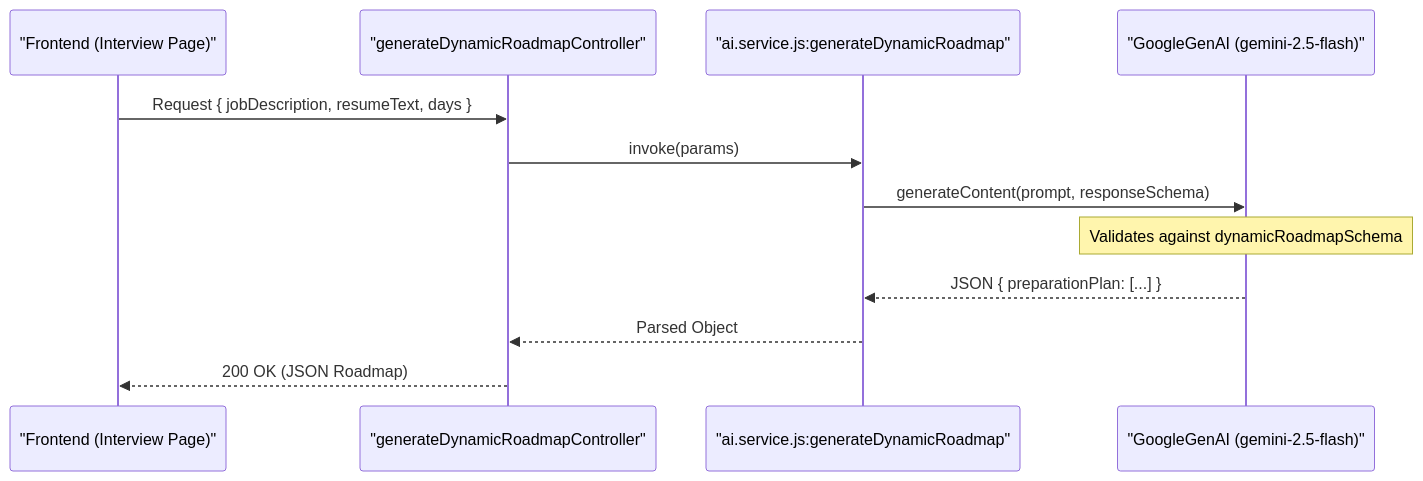
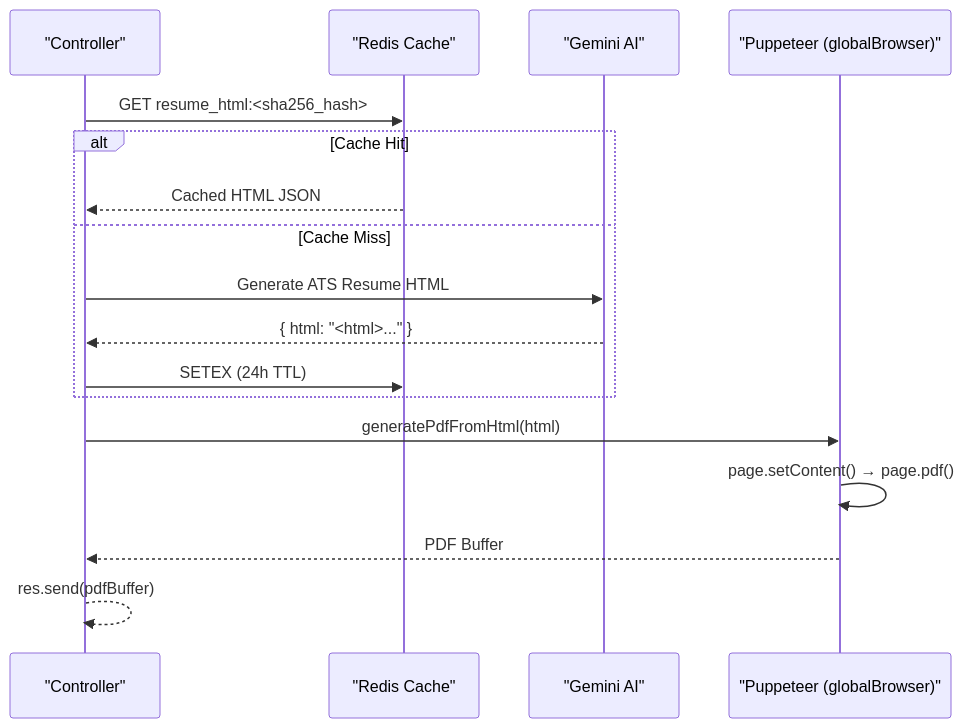
Before and after one commit to harshitzofficial/-HirePrep-AI: diagram 13 of 16 in README.md, drawn with Mermaid. The commit also changed other lines of this file, not shown here.

````diff
--- a/README.md
+++ b/README.md
@@ -765,15 +865,20 @@
 ```mermaid
 sequenceDiagram
-    participant Client as "Frontend (Interview Page)"
-    participant Controller as "generateDynamicRoadmapController"
-    participant Service as "ai.service.js:generateDynamicRoadmap"
-    participant Gemini as "GoogleGenAI (gemini-2.5-flash)"
- 
-    Client->>Controller: Request { jobDescription, resumeText, days }
-    Controller->>Service: invoke(params)
-    Service->>Gemini: generateContent(prompt, responseSchema)
-    Note over Gemini: Validates against dynamicRoadmapSchema
-    Gemini-->>Service: JSON { preparationPlan: [...] }
-    Service-->>Controller: Parsed Object
-    Controller-->>Client: 200 OK (JSON Roadmap)
+    participant C as "Controller"
+    participant R as "Redis Cache"
+    participant G as "Gemini AI"
+    participant P as "Puppeteer (globalBrowser)"
+
+    C->>R: GET resume_html:<sha256_hash>
+    alt Cache Hit
+        R-->>C: Cached HTML JSON
+    else Cache Miss
+        C->>G: Generate ATS Resume HTML
+        G-->>C: { html: "<html>..." }
+        C->>R: SETEX (24h TTL)
+    end
+    C->>P: generatePdfFromHtml(html)
+    P->>P: page.setContent() → page.pdf()
+    P-->>C: PDF Buffer
+    C-->>C: res.send(pdfBuffer)
 ```
````
